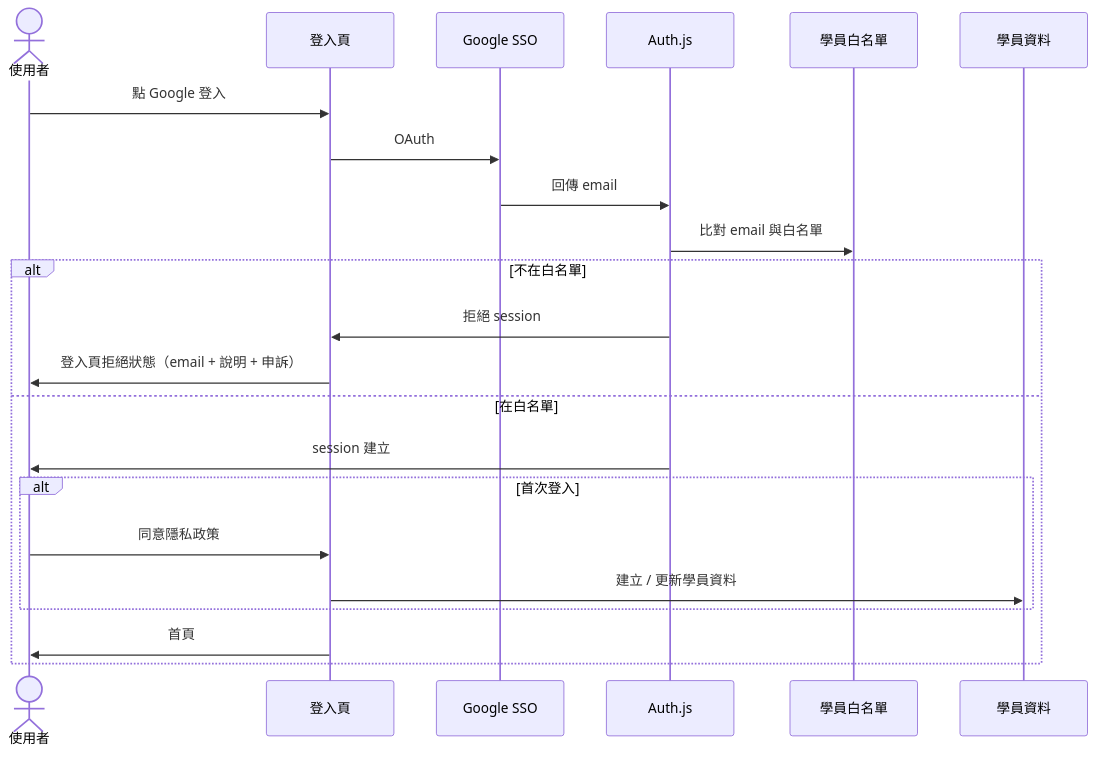
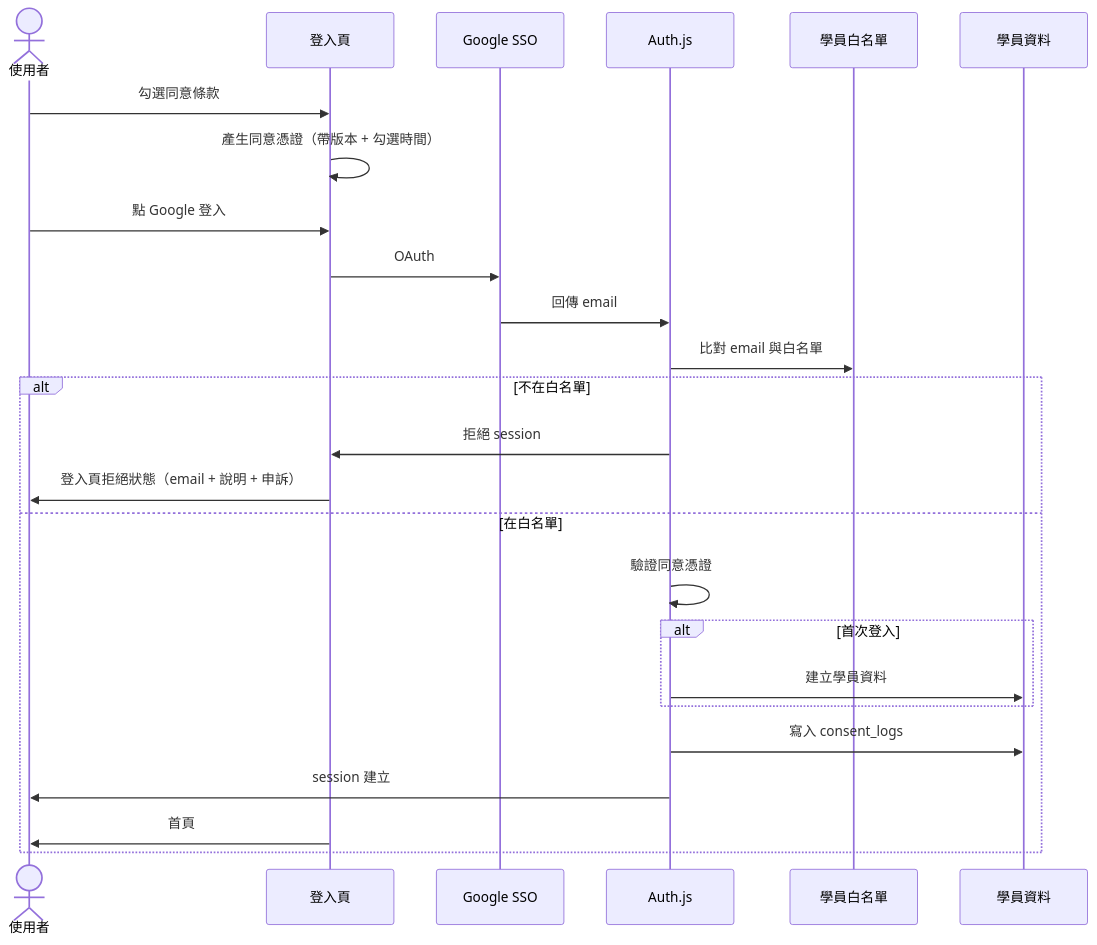
One commit to thementorship-tw/thementorship-exchange-app changed the second of 2 diagrams in docs/auth/05-first-timer-login-flow.md. Above: the diagram before and after it, drawn with Mermaid. The commit also changed other lines of this file and 4 other files, not shown here.

Commit message:
docs(auth): align onboarding flow with login-page consent decision

````diff
--- a/docs/auth/05-first-timer-login-flow.md
+++ b/docs/auth/05-first-timer-login-flow.md
@@ -85,25 +89,28 @@
 ```mermaid
 sequenceDiagram
     actor User as 使用者
     participant Login as 登入頁
     participant Google as Google SSO
     participant Auth as Auth.js
     participant WL as 學員白名單
     participant DB as 學員資料
 
+    User->>Login: 勾選同意條款
+    Login->>Login: 產生同意憑證（帶版本 + 勾選時間）
     User->>Login: 點 Google 登入
     Login->>Google: OAuth
     Google->>Auth: 回傳 email
     Auth->>WL: 比對 email 與白名單
     alt 不在白名單
         Auth->>Login: 拒絕 session
         Login->>User: 登入頁拒絕狀態（email + 說明 + 申訴）
     else 在白名單
+        Auth->>Auth: 驗證同意憑證
+        alt 首次登入
+            Auth->>DB: 建立學員資料
+        end
+        Auth->>DB: 寫入 consent_logs
         Auth->>User: session 建立
-        alt 首次登入
-            User->>Login: 同意隱私政策
-            Login->>DB: 建立 / 更新學員資料
-        end
         Login->>User: 首頁
     end
 ```
````
